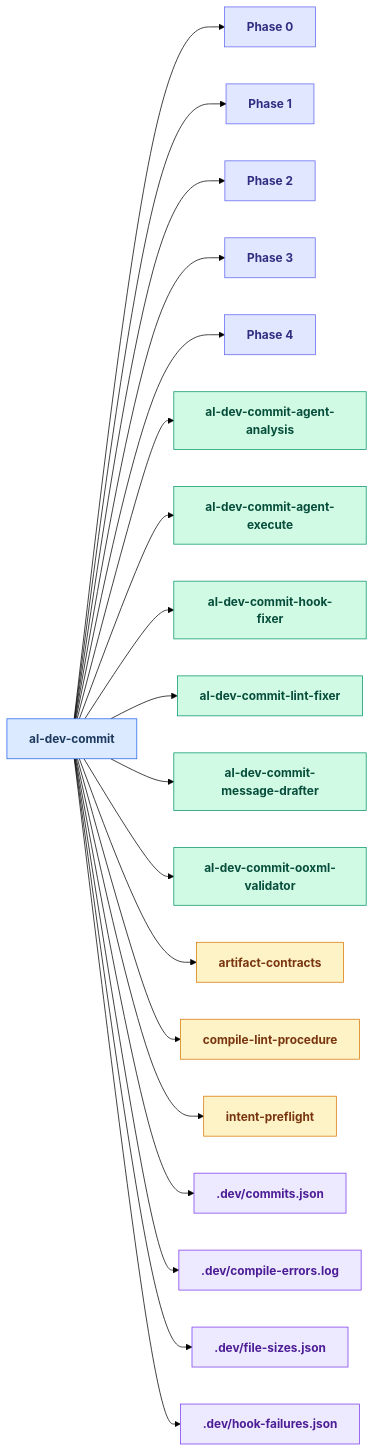
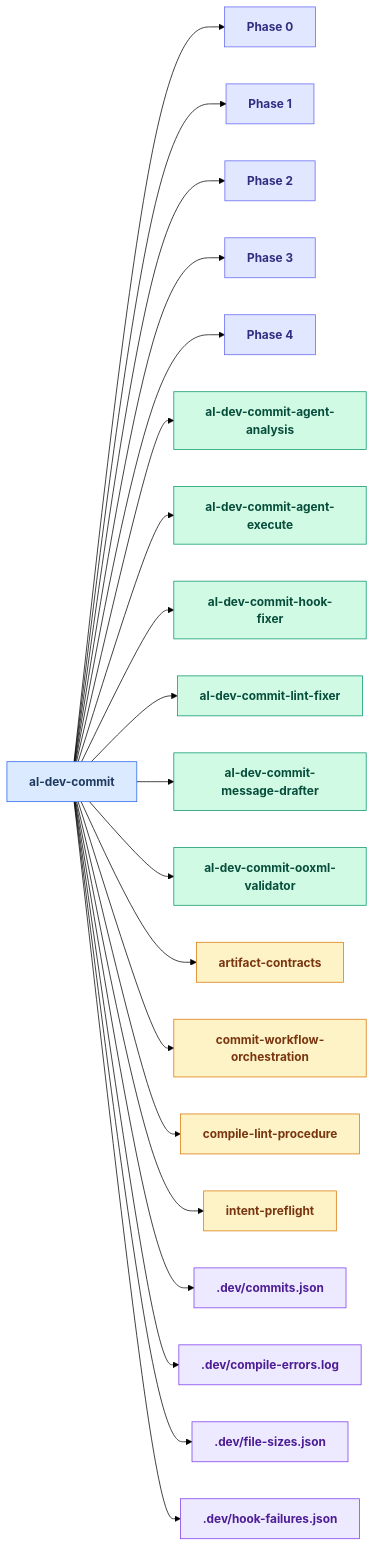
One commit to russell-laing/al-dev-shared changed diagram 12 of 24 in docs/al-dev-skills-map.md. Above: the diagram before and after it, drawn with Mermaid (forest theme). The commit also changed other lines of this file and 3 other files, not shown here.

````diff
--- a/docs/al-dev-skills-map.md
+++ b/docs/al-dev-skills-map.md
@@ -614,67 +623,70 @@
 ```mermaid
 flowchart LR
     classDef skillNode fill:#dbeafe,stroke:#2563eb,color:#1e3a5f,font-weight:bold
     classDef agentNode fill:#d1fae5,stroke:#059669,color:#064e3b,font-weight:bold
     classDef knowledgeNode fill:#fef3c7,stroke:#d97706,color:#78350f,font-weight:bold
     classDef artifactNode fill:#ede9fe,stroke:#7c3aed,color:#4c1d95,font-weight:bold
     classDef phaseNode fill:#e0e7ff,stroke:#6366f1,color:#312e81,font-weight:bold
 
     skill_al_dev_commit[al-dev-commit]
     Phase0["Phase 0"]
     Phase1["Phase 1"]
     Phase2["Phase 2"]
     Phase3["Phase 3"]
     Phase4["Phase 4"]
     agent_al_dev_commit_agent_analysis[al-dev-commit-agent-analysis]
     agent_al_dev_commit_agent_execute[al-dev-commit-agent-execute]
     agent_al_dev_commit_hook_fixer[al-dev-commit-hook-fixer]
     agent_al_dev_commit_lint_fixer[al-dev-commit-lint-fixer]
     agent_al_dev_commit_message_drafter[al-dev-commit-message-drafter]
     agent_al_dev_commit_ooxml_validator[al-dev-commit-ooxml-validator]
     knowledge_artifact_contracts_md[artifact-contracts]
+    knowledge_commit_workflow_orchestration_md[commit-workflow-orchestration]
     knowledge_compile_lint_procedure_md[compile-lint-procedure]
     knowledge_intent_preflight_md[intent-preflight]
     artifact_commits_json[.dev/commits.json]
     artifact_compile_errors_log[.dev/compile-errors.log]
     artifact_file_sizes_json[.dev/file-sizes.json]
     artifact_hook_failures_json[.dev/hook-failures.json]
 
     skill_al_dev_commit --> Phase0
     skill_al_dev_commit --> Phase1
     skill_al_dev_commit --> Phase2
     skill_al_dev_commit --> Phase3
     skill_al_dev_commit --> Phase4
     skill_al_dev_commit --> agent_al_dev_commit_agent_analysis
     skill_al_dev_commit --> agent_al_dev_commit_agent_execute
     skill_al_dev_commit --> agent_al_dev_commit_hook_fixer
     skill_al_dev_commit --> agent_al_dev_commit_lint_fixer
     skill_al_dev_commit --> agent_al_dev_commit_message_drafter
     skill_al_dev_commit --> agent_al_dev_commit_ooxml_validator
     skill_al_dev_commit --> knowledge_artifact_contracts_md
+    skill_al_dev_commit --> knowledge_commit_workflow_orchestration_md
     skill_al_dev_commit --> knowledge_compile_lint_procedure_md
     skill_al_dev_commit --> knowledge_intent_preflight_md
     skill_al_dev_commit --> artifact_commits_json
     skill_al_dev_commit --> artifact_compile_errors_log
     skill_al_dev_commit --> artifact_file_sizes_json
     skill_al_dev_commit --> artifact_hook_failures_json
 
     class skill_al_dev_commit skillNode
     class Phase0 phaseNode
     class Phase1 phaseNode
     class Phase2 phaseNode
     class Phase3 phaseNode
     class Phase4 phaseNode
     class agent_al_dev_commit_agent_analysis agentNode
     class agent_al_dev_commit_agent_execute agentNode
     class agent_al_dev_commit_hook_fixer agentNode
     class agent_al_dev_commit_lint_fixer agentNode
     class agent_al_dev_commit_message_drafter agentNode
     class agent_al_dev_commit_ooxml_validator agentNode
     class knowledge_artifact_contracts_md knowledgeNode
+    class knowledge_commit_workflow_orchestration_md knowledgeNode
     class knowledge_compile_lint_procedure_md knowledgeNode
     class knowledge_intent_preflight_md knowledgeNode
     class artifact_commits_json artifactNode
     class artifact_compile_errors_log artifactNode
     class artifact_file_sizes_json artifactNode
     class artifact_hook_failures_json artifactNode
 ```
````
